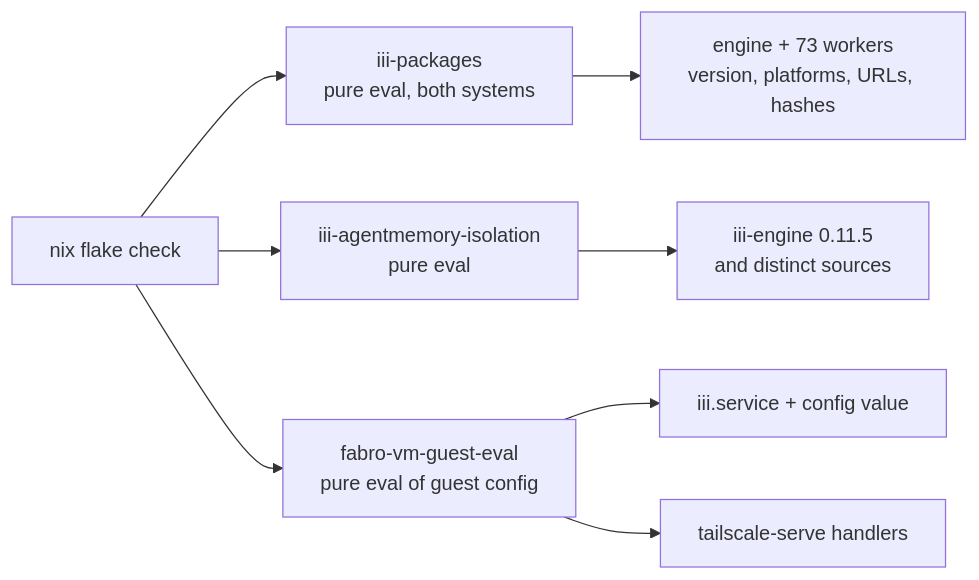
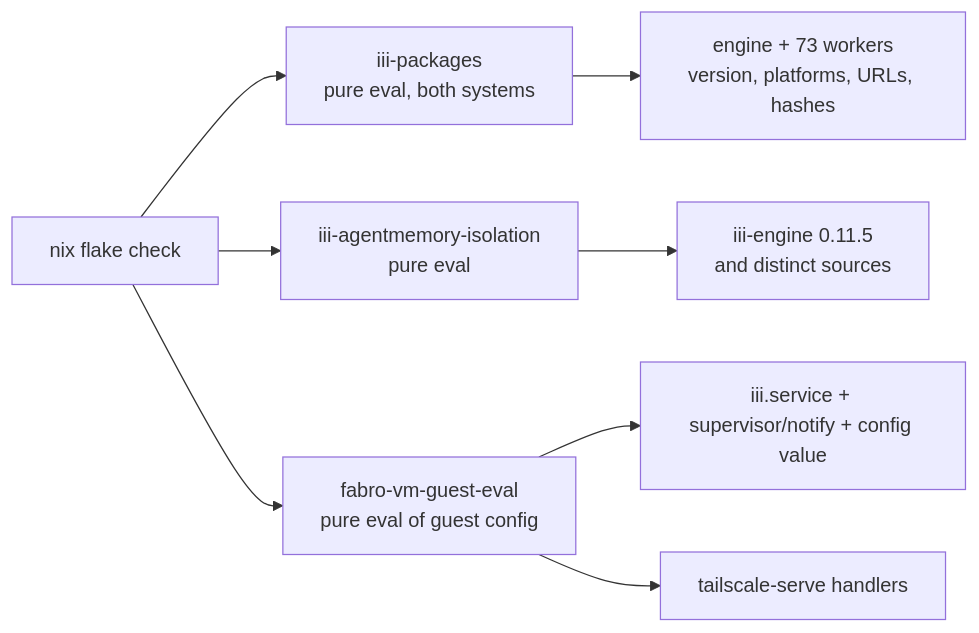
One commit to DWSR/nix-config changed the third of 4 diagrams in .kiro/specs/iii-engine-on-the-fabro-host/design.md. Above: the diagram before and after it, drawn with Mermaid. The commit also changed other lines of this file and 4 other files, not shown here.

First line of the commit message:
docs(iii-engine-on-the-fabro-host): plan the readiness-gated supervisor

````diff
--- a/.kiro/specs/iii-engine-on-the-fabro-host/design.md
+++ b/.kiro/specs/iii-engine-on-the-fabro-host/design.md
@@ -197,10 +231,10 @@
 ```mermaid
 flowchart LR
   FLAKE["nix flake check"] --> PKG["iii-packages\npure eval, both systems"]
   FLAKE --> ISO["iii-agentmemory-isolation\npure eval"]
   FLAKE --> GUEST["fabro-vm-guest-eval\npure eval of guest config"]
   PKG --> META["engine + 73 workers\nversion, platforms, URLs, hashes"]
   ISO --> AM["iii-engine 0.11.5\nand distinct sources"]
-  GUEST --> UNIT["iii.service + config value"]
+  GUEST --> UNIT["iii.service + supervisor/notify + config value"]
   GUEST --> EXPOS["tailscale-serve handlers"]
 ```
````
